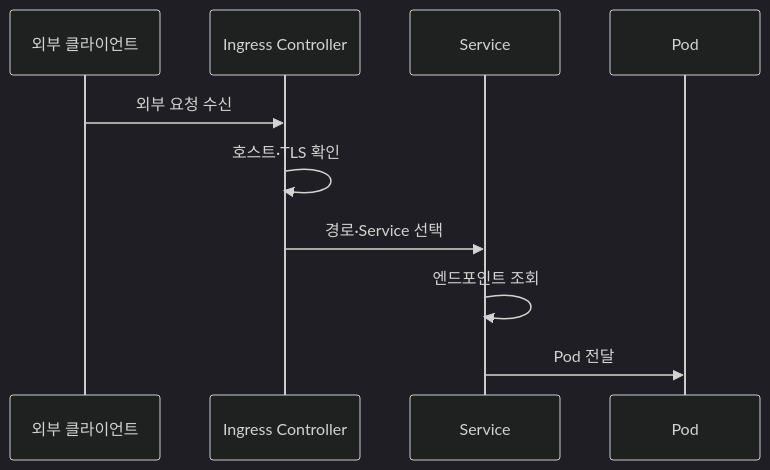
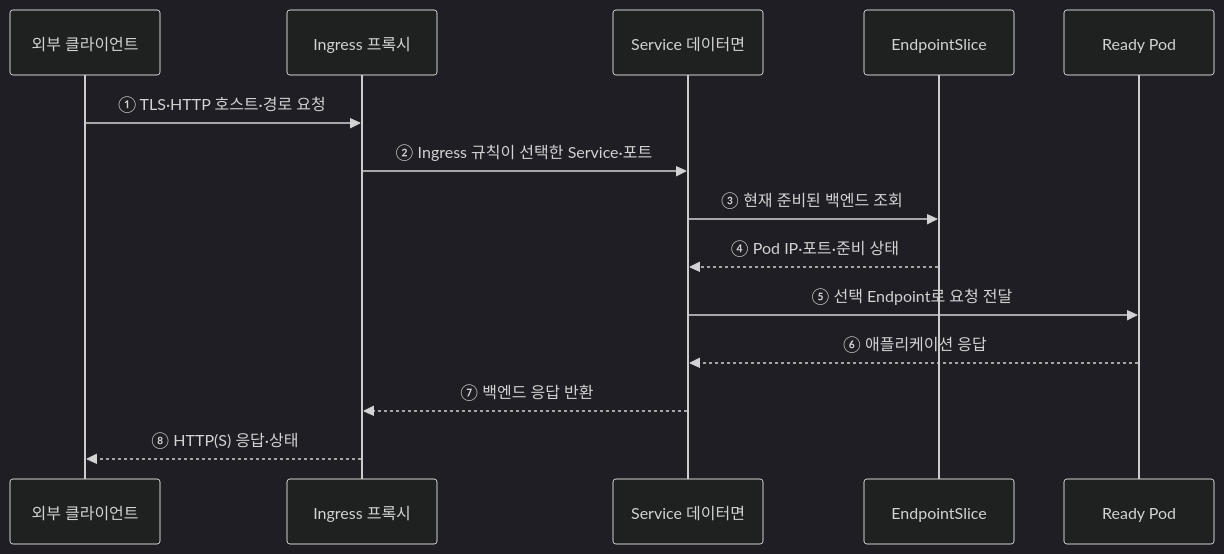
One commit to agnusdei1207/knowledge-base changed the second of 2 diagrams in src/content/docs/notes/03-software/155_kubernetes_service_ingress.md. Above: the diagram before and after it, drawn with Mermaid (dark theme). The commit also changed other lines of this file and 20 other files, not shown here.

````diff
--- a/src/content/docs/notes/03-software/155_kubernetes_service_ingress.md
+++ b/src/content/docs/notes/03-software/155_kubernetes_service_ingress.md
@@ -80,12 +72,16 @@
 ```mermaid
 sequenceDiagram
     participant C as 외부 클라이언트
-    participant I as Ingress Controller
-    participant S as Service
-    participant P as Pod
-    C->>I: 외부 요청 수신
-    I->>I: 호스트·TLS 확인
-    I->>S: 경로·Service 선택
-    S->>S: 엔드포인트 조회
-    S->>P: Pod 전달
+    participant I as Ingress 프록시
+    participant S as Service 데이터면
+    participant E as EndpointSlice
+    participant P as Ready Pod
+    C->>I: ① TLS·HTTP 호스트·경로 요청
+    I->>S: ② Ingress 규칙이 선택한 Service·포트
+    S->>E: ③ 현재 준비된 백엔드 조회
+    E-->>S: ④ Pod IP·포트·준비 상태
+    S->>P: ⑤ 선택 Endpoint로 요청 전달
+    P-->>S: ⑥ 애플리케이션 응답
+    S-->>I: ⑦ 백엔드 응답 반환
+    I-->>C: ⑧ HTTP(S) 응답·상태
 ```
````
